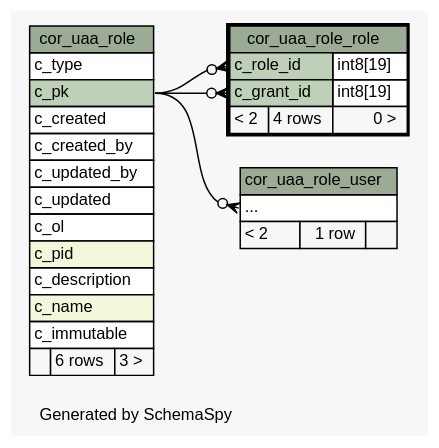
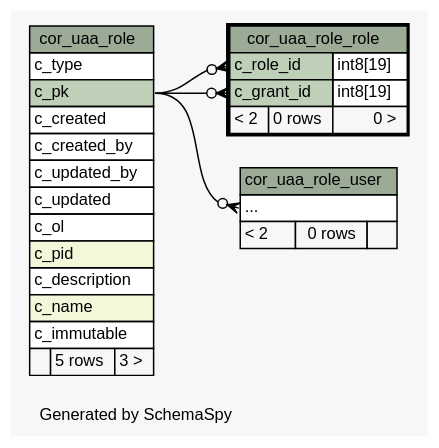
One commit to openwms/org.openwms.core.uaa changed the diagram in 2.0.0-SNAPSHOT/schemaspy/diagrams/cor_uaa_role_role.2degrees.dot. Above: the diagram before and after it, drawn with Graphviz. The commit also changed 424 other files, not shown here.

```diff
--- a/2.0.0-SNAPSHOT/schemaspy/diagrams/cor_uaa_role_role.2degrees.dot
+++ b/2.0.0-SNAPSHOT/schemaspy/diagrams/cor_uaa_role_role.2degrees.dot
@@ -1,66 +1,66 @@
 // dot 2.43.0 on Linux 5.15.0-1022-azure
 // SchemaSpy rev Unknown
 digraph "twoDegreesRelationshipsDiagram" {
   graph [
     rankdir="RL"
     bgcolor="#f7f7f7"
     label="\nGenerated by SchemaSpy"
     labeljust="l"
     nodesep="0.18"
     ranksep="0.46"
     fontname="Helvetica"
     fontsize="11"
   ];
   node [
     fontname="Helvetica"
     fontsize="11"
     shape="plaintext"
   ];
   edge [
     arrowsize="0.8"
   ];
   "cor_uaa_role_role":"c_grant_id":w -> "cor_uaa_role":"c_pk":e [arrowhead=none dir=back arrowtail=crowodot];
   "cor_uaa_role_role":"c_role_id":w -> "cor_uaa_role":"c_pk":e [arrowhead=none dir=back arrowtail=crowodot];
   "cor_uaa_role_user":"elipses":w -> "cor_uaa_role":"c_pk":e [arrowhead=none dir=back arrowtail=crowodot];
   "cor_uaa_role" [
     label=<
     <TABLE BORDER="0" CELLBORDER="1" CELLSPACING="0" BGCOLOR="#ffffff">
       <TR><TD COLSPAN="3" BGCOLOR="#9bab96" ALIGN="CENTER">cor_uaa_role</TD></TR>
       <TR><TD PORT="c_type" COLSPAN="3" ALIGN="LEFT">c_type</TD></TR>
       <TR><TD PORT="c_pk" COLSPAN="3" BGCOLOR="#bed1b8" ALIGN="LEFT">c_pk</TD></TR>
       <TR><TD PORT="c_created" COLSPAN="3" ALIGN="LEFT">c_created</TD></TR>
       <TR><TD PORT="c_created_by" COLSPAN="3" ALIGN="LEFT">c_created_by</TD></TR>
       <TR><TD PORT="c_updated_by" COLSPAN="3" ALIGN="LEFT">c_updated_by</TD></TR>
       <TR><TD PORT="c_updated" COLSPAN="3" ALIGN="LEFT">c_updated</TD></TR>
       <TR><TD PORT="c_ol" COLSPAN="3" ALIGN="LEFT">c_ol</TD></TR>
       <TR><TD PORT="c_pid" COLSPAN="3" BGCOLOR="#f4f7da" ALIGN="LEFT">c_pid</TD></TR>
       <TR><TD PORT="c_description" COLSPAN="3" ALIGN="LEFT">c_description</TD></TR>
       <TR><TD PORT="c_name" COLSPAN="3" BGCOLOR="#f4f7da" ALIGN="LEFT">c_name</TD></TR>
       <TR><TD PORT="c_immutable" COLSPAN="3" ALIGN="LEFT">c_immutable</TD></TR>
-      <TR><TD ALIGN="LEFT" BGCOLOR="#f7f7f7">  </TD><TD ALIGN="RIGHT" BGCOLOR="#f7f7f7">6 rows</TD><TD ALIGN="RIGHT" BGCOLOR="#f7f7f7">3 &gt;</TD></TR>
+      <TR><TD ALIGN="LEFT" BGCOLOR="#f7f7f7">  </TD><TD ALIGN="RIGHT" BGCOLOR="#f7f7f7">5 rows</TD><TD ALIGN="RIGHT" BGCOLOR="#f7f7f7">3 &gt;</TD></TR>
     </TABLE>>
     URL="cor_uaa_role.html"
     tooltip="cor_uaa_role"
   ];
   "cor_uaa_role_role" [
     label=<
     <TABLE BORDER="2" CELLBORDER="1" CELLSPACING="0" BGCOLOR="#ffffff">
       <TR><TD COLSPAN="3" BGCOLOR="#9bab96" ALIGN="CENTER">cor_uaa_role_role</TD></TR>
       <TR><TD PORT="c_role_id" COLSPAN="2" BGCOLOR="#bed1b8" ALIGN="LEFT">c_role_id</TD><TD PORT="c_role_id.type" ALIGN="LEFT">int8[19]</TD></TR>
       <TR><TD PORT="c_grant_id" COLSPAN="2" BGCOLOR="#bed1b8" ALIGN="LEFT">c_grant_id</TD><TD PORT="c_grant_id.type" ALIGN="LEFT">int8[19]</TD></TR>
-      <TR><TD ALIGN="LEFT" BGCOLOR="#f7f7f7">&lt; 2</TD><TD ALIGN="RIGHT" BGCOLOR="#f7f7f7">4 rows</TD><TD ALIGN="RIGHT" BGCOLOR="#f7f7f7">0 &gt;</TD></TR>
+      <TR><TD ALIGN="LEFT" BGCOLOR="#f7f7f7">&lt; 2</TD><TD ALIGN="RIGHT" BGCOLOR="#f7f7f7">0 rows</TD><TD ALIGN="RIGHT" BGCOLOR="#f7f7f7">0 &gt;</TD></TR>
     </TABLE>>
     URL="cor_uaa_role_role.html"
     tooltip="cor_uaa_role_role"
   ];
   "cor_uaa_role_user" [
     label=<
     <TABLE BORDER="0" CELLBORDER="1" CELLSPACING="0" BGCOLOR="#ffffff">
       <TR><TD COLSPAN="3" BGCOLOR="#9bab96" ALIGN="CENTER">cor_uaa_role_user</TD></TR>
       <TR><TD PORT="elipses" COLSPAN="3" ALIGN="LEFT">...</TD></TR>
-      <TR><TD ALIGN="LEFT" BGCOLOR="#f7f7f7">&lt; 2</TD><TD ALIGN="RIGHT" BGCOLOR="#f7f7f7">1 row</TD><TD ALIGN="RIGHT" BGCOLOR="#f7f7f7">  </TD></TR>
+      <TR><TD ALIGN="LEFT" BGCOLOR="#f7f7f7">&lt; 2</TD><TD ALIGN="RIGHT" BGCOLOR="#f7f7f7">0 rows</TD><TD ALIGN="RIGHT" BGCOLOR="#f7f7f7">  </TD></TR>
     </TABLE>>
     URL="cor_uaa_role_user.html"
     tooltip="cor_uaa_role_user"
   ];
 }
```
